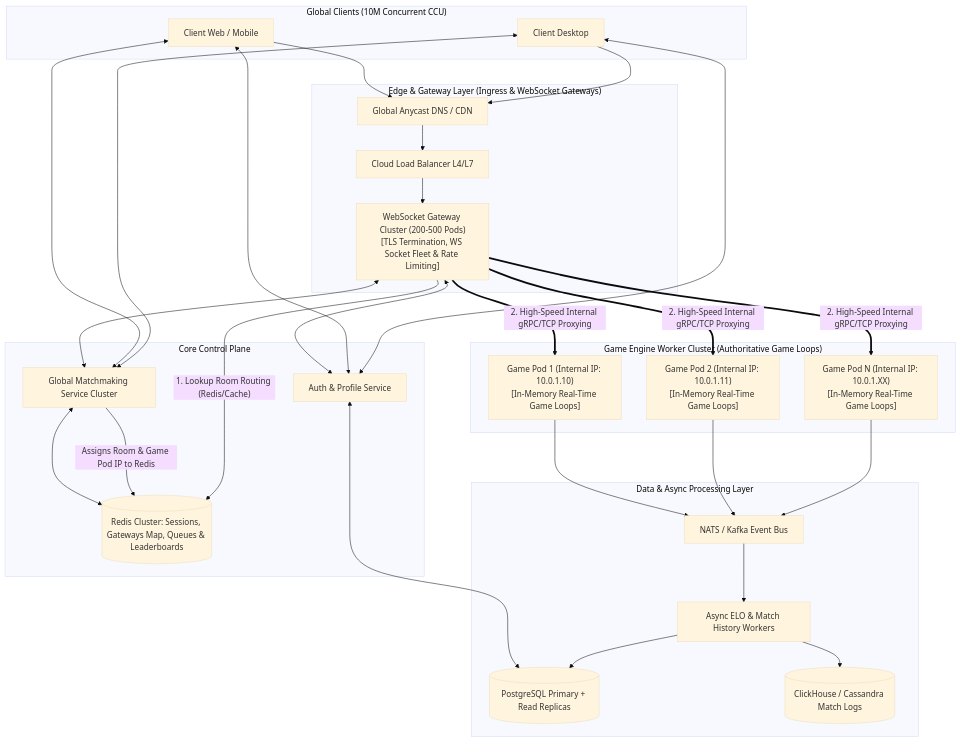
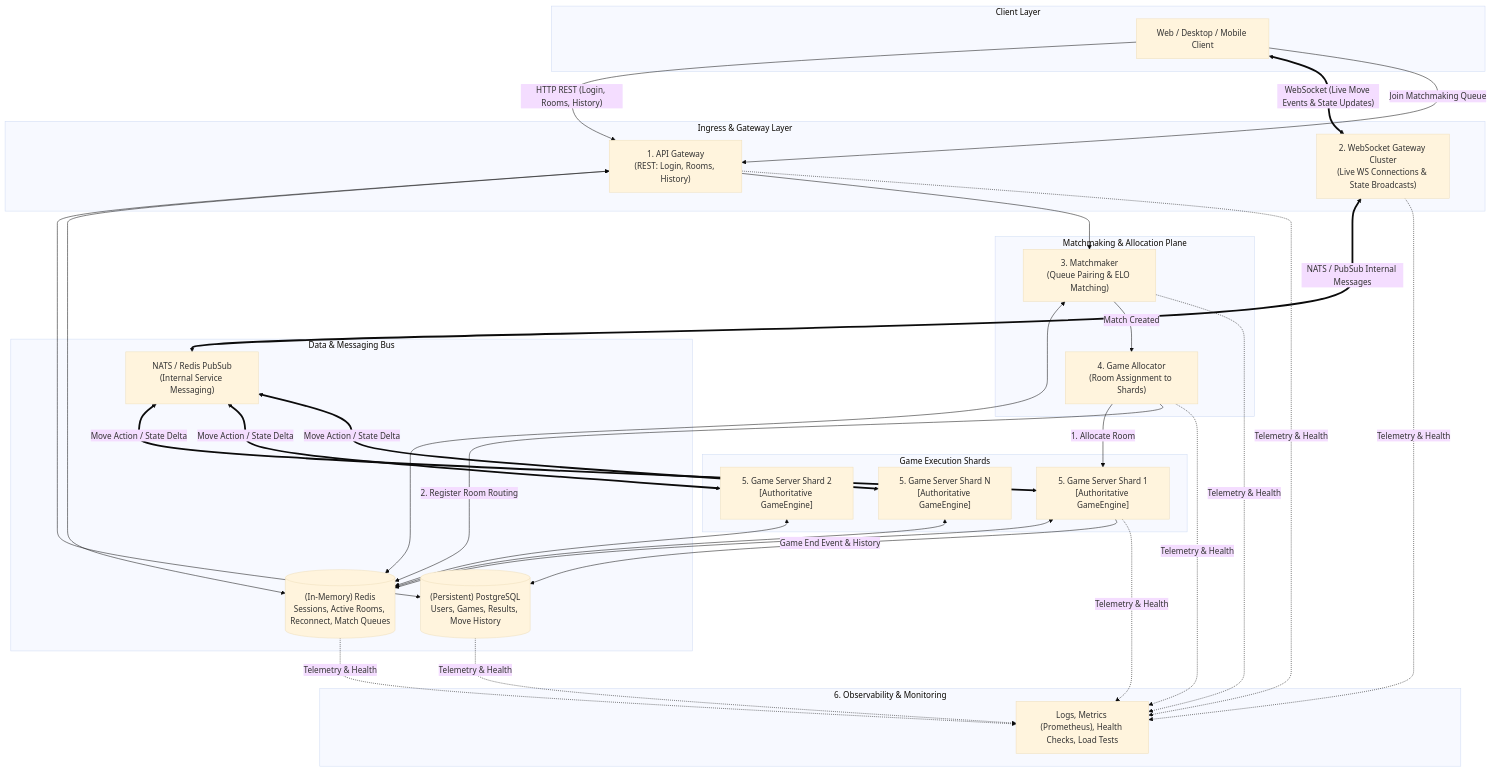
One commit to Atara57769/kung-fu-chess changed the diagram in Server_Design.md. Above: the diagram before and after it, drawn with Mermaid (base theme). The commit also changed other lines of this file, not shown here.

Commit message:
docs: update server architecture documentation to reflect current design changes

````diff
--- a/Server_Design.md
+++ b/Server_Design.md
@@ -13,50 +35,59 @@
 ```mermaid
 flowchart TB
-    subgraph Clients ["Global Clients (10M Concurrent CCU)"]
-        C1[Client Web / Mobile]
-        C2[Client Desktop]
+    subgraph Clients ["Client Layer"]
+        C1[Web / Desktop / Mobile Client]
     end
 
-    subgraph Edge ["Edge & Gateway Layer (Ingress & WebSocket Gateways)"]
-        DNS[Global Anycast DNS / CDN]
-        LB[Cloud Load Balancer L4/L7]
-        WSG["WebSocket Gateway Cluster (200-500 Pods)\n[TLS Termination, WS Socket Fleet & Rate Limiting]"]
+    subgraph ExternalGateways ["Ingress & Gateway Layer"]
+        APIGW["1. API Gateway\n(REST: Login, Rooms, History)"]
+        WSGW["2. WebSocket Gateway Cluster\n(Live WS Connections & State Broadcasts)"]
     end
 
-    subgraph CoreServices ["Core Control Plane"]
-        AuthService[Auth & Profile Service]
-        Matchmaker[Global Matchmaking Service Cluster]
-        RedisCluster[(Redis Cluster: Sessions, Gateways Map, Queues & Leaderboards)]
+    subgraph ControlPlane ["Matchmaking & Allocation Plane"]
+        MM["3. Matchmaker\n(Queue Pairing & ELO Matching)"]
+        ALLOC["4. Game Allocator\n(Room Assignment to Shards)"]
     end
 
-    subgraph InternalGamePods ["Game Engine Worker Cluster (Authoritative Game Loops)"]
-        GE1["Game Pod 1 (Internal IP: 10.0.1.10)\n[In-Memory Real-Time Game Loops]"]
-        GE2["Game Pod 2 (Internal IP: 10.0.1.11)\n[In-Memory Real-Time Game Loops]"]
-        GEN["Game Pod N (Internal IP: 10.0.1.XX)\n[In-Memory Real-Time Game Loops]"]
+    subgraph ExecutionLayer ["Game Execution Shards"]
+        SHARD1["5. Game Server Shard 1\n[Authoritative GameEngine]"]
+        SHARD2["5. Game Server Shard 2\n[Authoritative GameEngine]"]
+        SHARDN["5. Game Server Shard N\n[Authoritative GameEngine]"]
     end
 
-    subgraph DataLayer ["Data & Async Processing Layer"]
-        NATS[NATS / Kafka Event Bus]
-        DB_Write[(PostgreSQL Primary + Read Replicas)]
-        NoSQL[(ClickHouse / Cassandra Match Logs)]
-        AsyncWorkers[Async ELO & Match History Workers]
+    subgraph DataLayer ["Data & Messaging Bus"]
+        NATS["NATS / Redis PubSub\n(Internal Service Messaging)"]
+        REDIS[("(In-Memory) Redis\nSessions, Active Rooms, Reconnect, Match Queues")]
+        PG[("(Persistent) PostgreSQL\nUsers, Games, Results, Move History")]
     end
 
-    %% Client Connection Flow
-    C1 & C2 --> DNS --> LB --> WSG
+    subgraph ObservabilityLayer ["6. Observability & Monitoring"]
+        OBS["Logs, Metrics (Prometheus), Health Checks, Load Tests"]
+    end
 
-    %% Auth & Matchmaking Flow
-    WSG & C1 & C2 <--> AuthService & Matchmaker
-    AuthService <--> DB_Write
-    Matchmaker <--> RedisCluster
+    %% Client Connections
+    C1 -- "HTTP REST (Login, Rooms, History)" --> APIGW
+    C1 <== "WebSocket (Live Move Events & State Updates)" ==> WSGW
 
-    %% Match Assignment & Routing Flow
-    Matchmaker -- "Assigns Room & Game Pod IP to Redis" --> RedisCluster
-    WSG -- "1. Lookup Room Routing (Redis/Cache)" --> RedisCluster
-    WSG == "2. High-Speed Internal gRPC/TCP Proxying" ==> GE1 & GE2 & GEN
+    %% Non-real-time flows
+    APIGW <--> PG
+    APIGW <--> REDIS
 
-    %% Async Game Completion
-    GE1 & GE2 & GEN --> NATS
-    NATS --> AsyncWorkers
-    AsyncWorkers --> DB_Write & NoSQL
+    %% Matchmaking & Allocation flows
+    C1 -- "Join Matchmaking Queue" --> APIGW
+    APIGW --> MM
+    MM <--> REDIS
+    MM -- "Match Created" --> ALLOC
+    ALLOC -- "1. Allocate Room" --> SHARD1
+    ALLOC -- "2. Register Room Routing" --> REDIS
+
+    %% Live Gameplay Routing
+    WSGW <== "NATS / PubSub Internal Messages" ==> NATS
+    NATS <== "Move Action / State Delta" ==> SHARD1 & SHARD2 & SHARDN
+    SHARD1 & SHARD2 & SHARDN <--> REDIS
+
+    %% Async Persistence
+    SHARD1 -- "Game End Event & History" --> PG
+
+    %% Observability Taps
+    APIGW & WSGW & MM & ALLOC & SHARD1 & REDIS & PG -. "Telemetry & Health" .-> OBS
 ```
````
